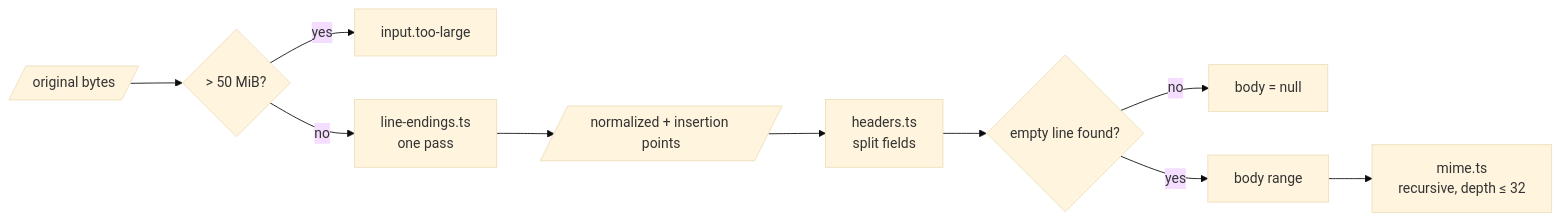
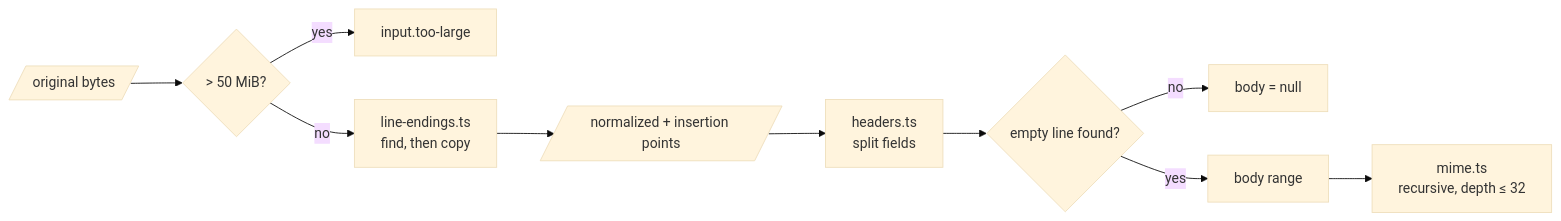
Before and after one commit to photom/benchside: the first of 2 diagrams in docs/explanation/mail-design/message.md, drawn with Mermaid (base theme). The commit also changed other lines of this file and 8 other files, not shown here.

First line of the commit message:
Normalize line endings before analysis

````diff
--- a/docs/explanation/mail-design/message.md
+++ b/docs/explanation/mail-design/message.md
@@ -7,12 +7,12 @@
 ```mermaid
 flowchart LR
   in[/original bytes/] --> size{"> 50 MiB?"}
   size -->|yes| stop[input.too-large]
-  size -->|no| le["line-endings.ts<br/>one pass"]
+  size -->|no| le["line-endings.ts<br/>find, then copy"]
   le --> norm[/"normalized + insertion points"/]
   norm --> hdr["headers.ts<br/>split fields"]
   hdr --> end_{"empty line found?"}
   end_ -->|no| ho[body = null]
   end_ -->|yes| body["body range"]
   body --> mime["mime.ts<br/>recursive, depth ≤ 32"]
 ```
````
